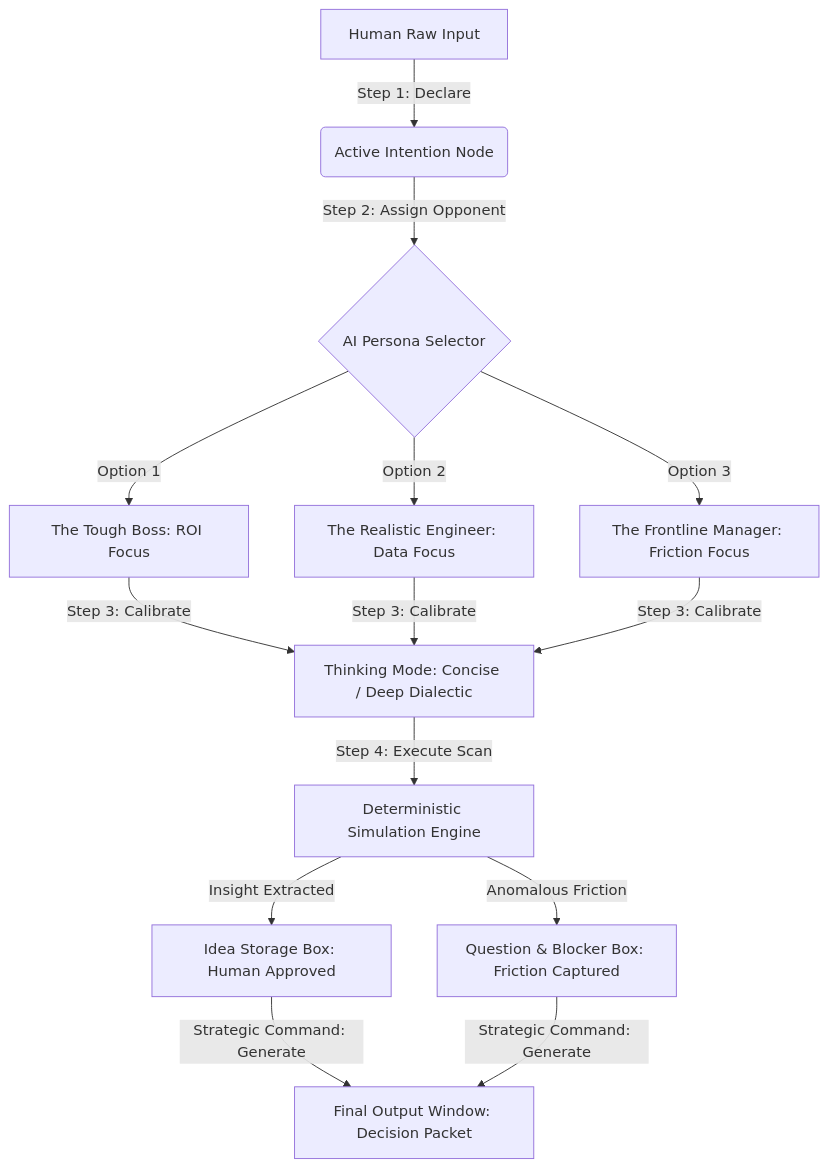
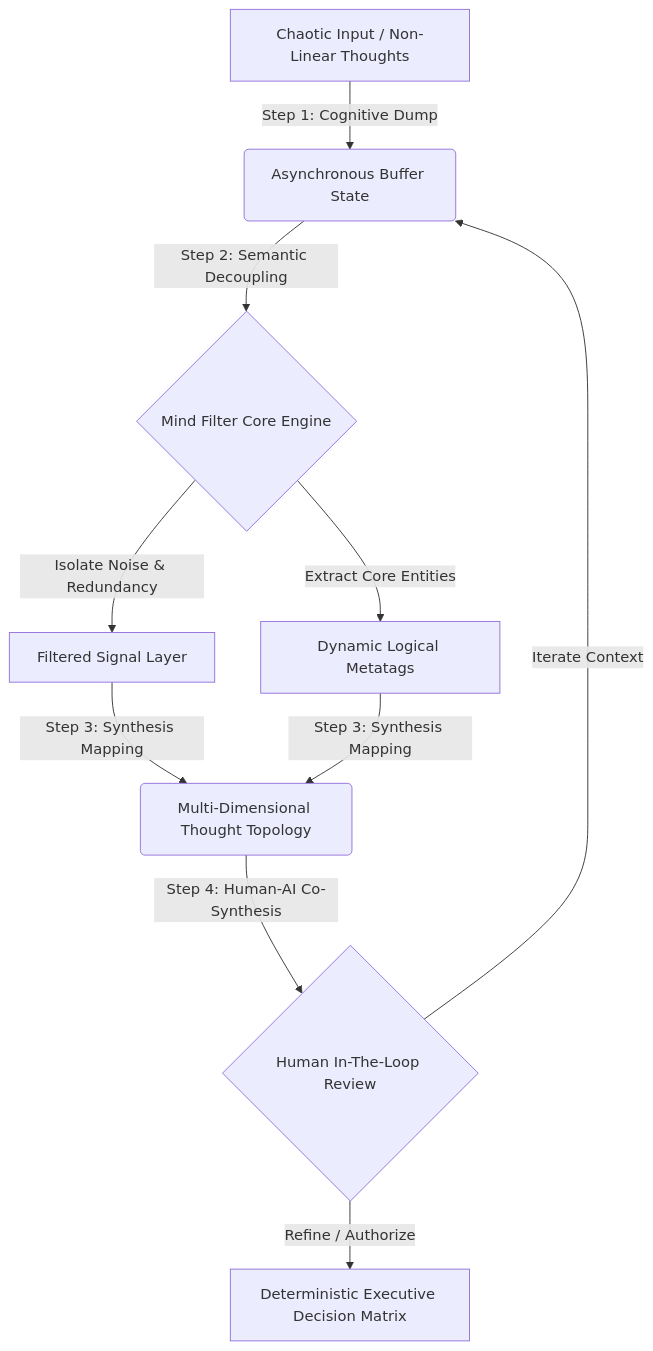
One commit to 26200602/-thought-synthesis-app changed the diagram in README.md. Above: the diagram before and after it, drawn with Mermaid. The commit also changed other lines of this file, not shown here.

````diff
--- a/README.md
+++ b/README.md
@@ -14,17 +19,19 @@
 ```mermaid
 graph TD
-    A[Human Raw Input] -->|Step 1: Declare| B(Active Intention Node)
-    B -->|Step 2: Assign Opponent| C{AI Persona Selector}
-    C -->|Option 1| C1[The Tough Boss: ROI Focus]
-    C -->|Option 2| C2[The Realistic Engineer: Data Focus]
-    C -->|Option 3| C3[The Frontline Manager: Friction Focus]
+    %% Input Layer
+    A[Chaotic Input / Non-Linear Thoughts] -->|Step 1: Cognitive Dump| B(Asynchronous Buffer State)
     
-    C1 & C2 & C3 -->|Step 3: Calibrate| D[Thinking Mode: Concise / Deep Dialectic]
-    D -->|Step 4: Execute Scan| E[Deterministic Simulation Engine]
+    %% Engine Synthesis
+    B -->|Step 2: Semantic Decoupling| C{Mind Filter Core Engine}
+    C -->|Isolate Noise & Redundancy| D[Filtered Signal Layer]
+    C -->|Extract Core Entities| E[Dynamic Logical Metatags]
     
-    E -->|Insight Extracted| F[Idea Storage Box: Human Approved]
-    E -->|Anomalous Friction| G[Question & Blocker Box: Friction Captured]
+    %% Relational Integration
+    D & E -->|Step 3: Synthesis Mapping| F(Multi-Dimensional Thought Topology)
     
-    F & G -->|Strategic Command: Generate| H[Final Output Window: Decision Packet]
+    %% Human Verification Node
+    F -->|Step 4: Human-AI Co-Synthesis| G{Human In-The-Loop Review}
+    G -->|Refine / Authorize| H[Deterministic Executive Decision Matrix]
+    G -->|Iterate Context| B
 
 ```
````
